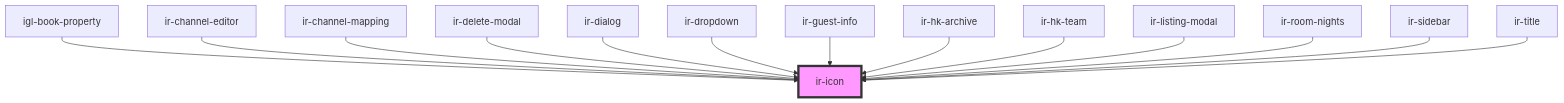
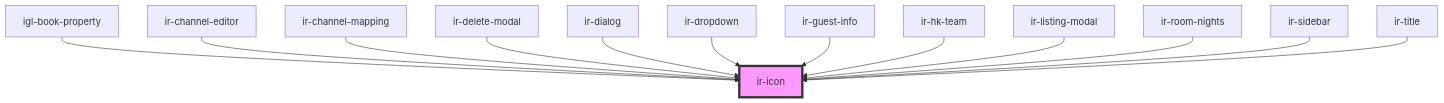
The diagram in src/components/ui/ir-icon/readme.md (David1Chowaifaty/modified-ir-webcmp), drawn with Mermaid before and after one commit. The commit also changed other lines of this file and 41 other files, not shown here.

````diff
--- a/src/components/ui/ir-icon/readme.md
+++ b/src/components/ui/ir-icon/readme.md
@@ -41,17 +40,16 @@
 ```mermaid
 graph TD;
   igl-book-property --> ir-icon
   ir-channel-editor --> ir-icon
   ir-channel-mapping --> ir-icon
   ir-delete-modal --> ir-icon
   ir-dialog --> ir-icon
   ir-dropdown --> ir-icon
   ir-guest-info --> ir-icon
-  ir-hk-archive --> ir-icon
   ir-hk-team --> ir-icon
   ir-listing-modal --> ir-icon
   ir-room-nights --> ir-icon
   ir-sidebar --> ir-icon
   ir-title --> ir-icon
   style ir-icon fill:#f9f,stroke:#333,stroke-width:4px
 ```
````
